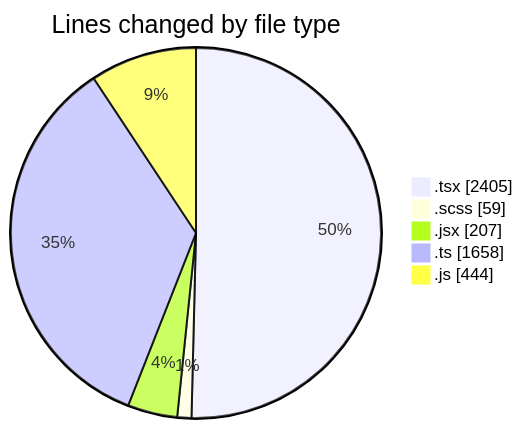
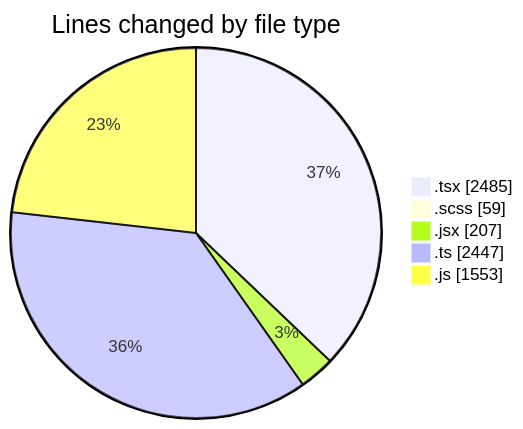
The first of 2 diagrams in 2026-07-23/cda/README.md (momahboobian/code-tracking), drawn with Mermaid before and after one commit. The commit also changed other lines of this file and 1 other file, not shown here.

````diff
--- a/2026-07-23/cda/README.md
+++ b/2026-07-23/cda/README.md
@@ -34,9 +38,9 @@
 ```mermaid
 pie showData
 title Lines changed by file type
-".tsx" : 2405
+".tsx" : 2485
 ".scss" : 59
 ".jsx" : 207
-".ts" : 1658
-".js" : 444
+".ts" : 2447
+".js" : 1553
 ```
````
